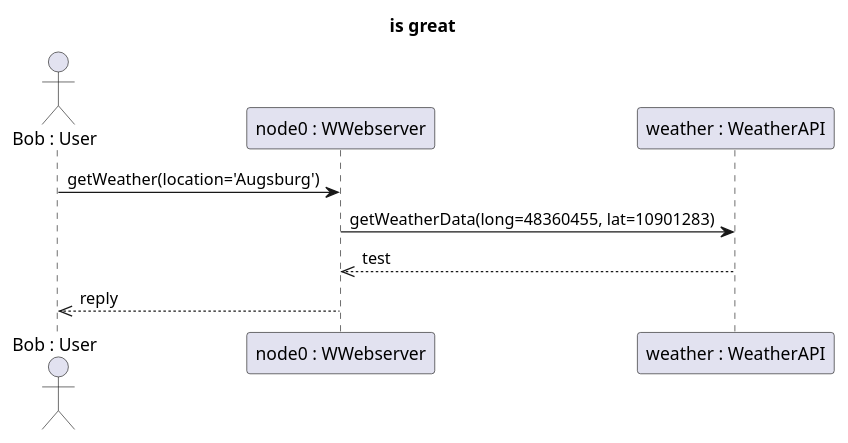
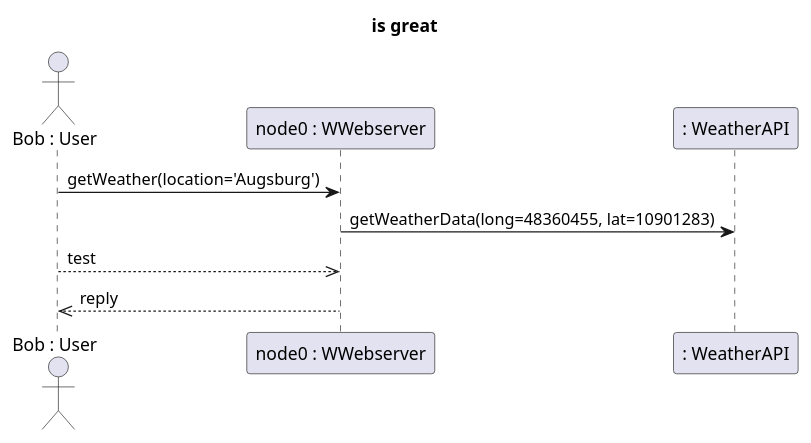
The diagram in qvto/models/example.plantuml (elite-se/mdd-puml-to-uml), drawn with PlantUML before and after one commit. The commit also changed 2 other files, not shown here.

```diff
--- a/qvto/models/example.plantuml
+++ b/qvto/models/example.plantuml
@@ -1,11 +1,11 @@
 @startuml
 title Weather API
 title is great
 actor "Bob : User" as Bob
 participant "node0 : WWebserver" as node0
-participant "weather : WeatherAPI" as anonymusWeatherAPI1
+participant ": WeatherAPI"
 Bob -> node0: getWeather(location='Augsburg')
-node0 -> anonymusWeatherAPI1: getWeatherData(long=48360455, lat=10901283)
-node0 <<-- anonymusWeatherAPI1: test
+node0 -> ": WeatherAPI" : getWeatherData(long=48360455, lat=10901283)
+node0 <<-- Bob: test
 Bob <<-- node0: reply
 @enduml
```
